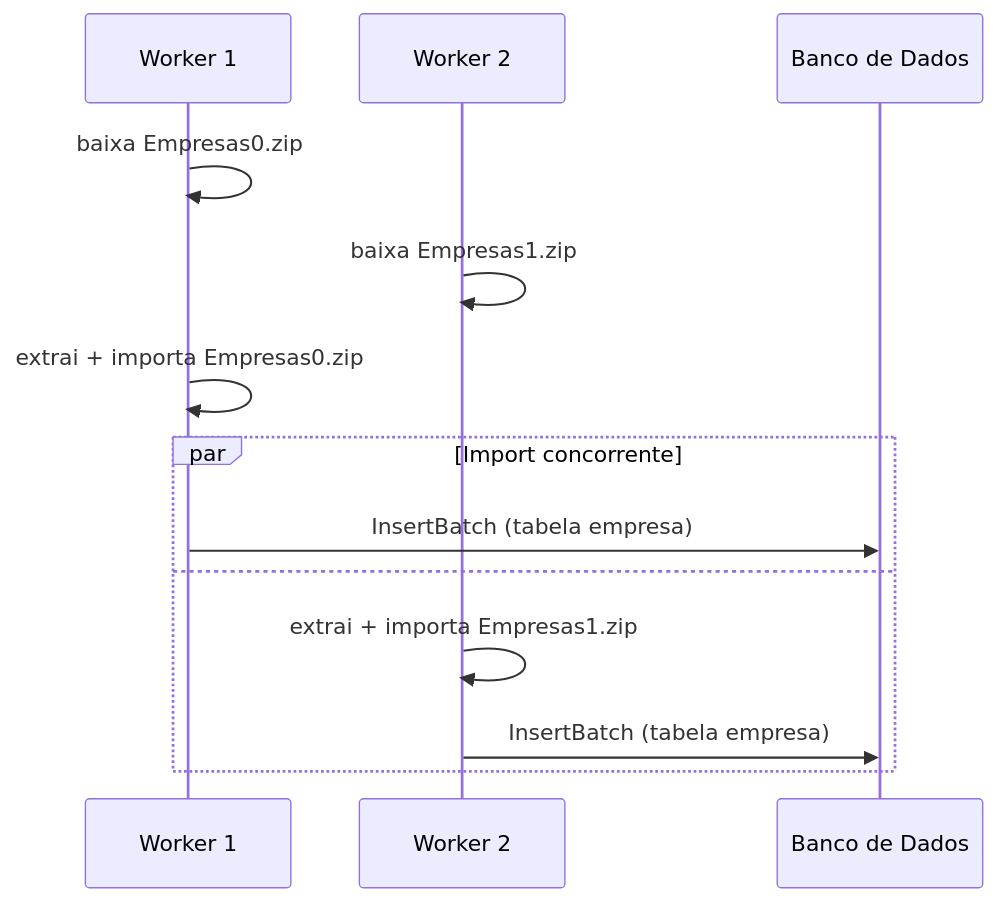
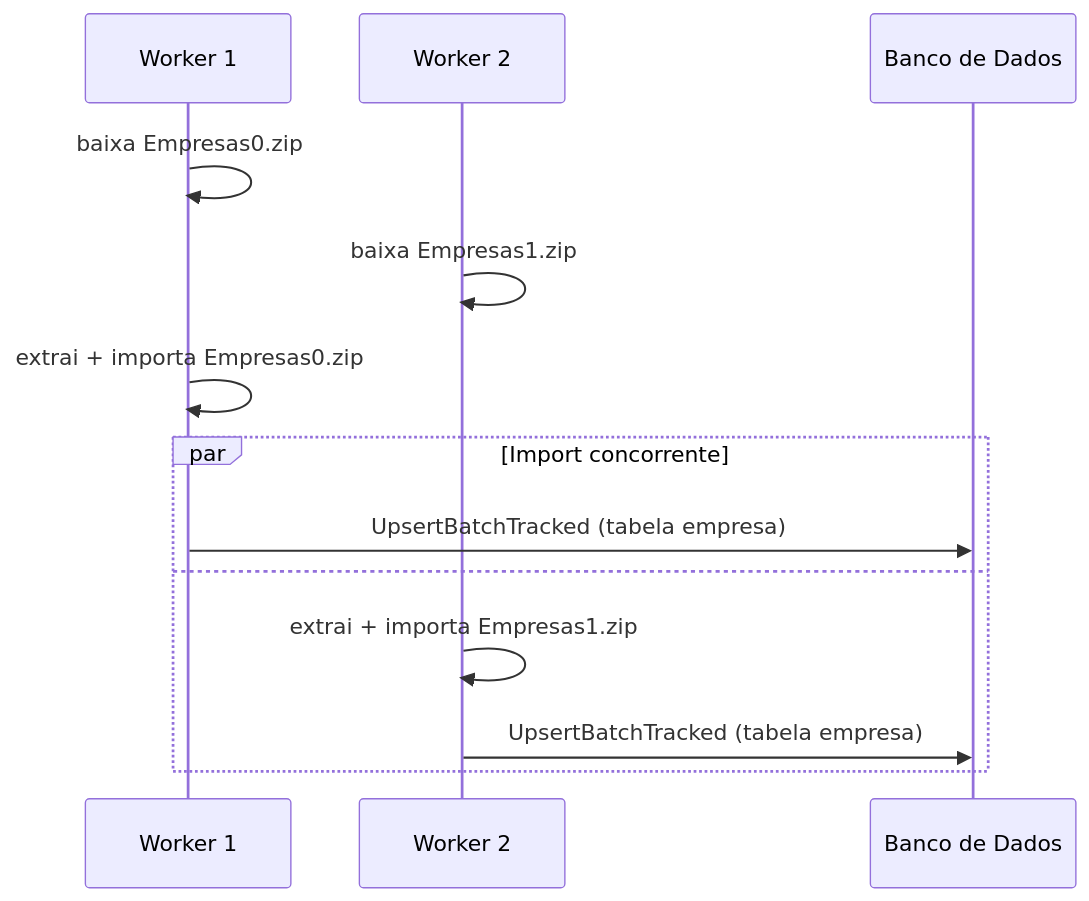
Before and after one commit to leandronunes07/cnpj-rfb: the second of 4 diagrams in docs/ARCHITECTURE.md, drawn with Mermaid. The commit also changed other lines of this file and 9 other files, not shown here.

````diff
--- a/docs/ARCHITECTURE.md
+++ b/docs/ARCHITECTURE.md
@@ -27,16 +27,16 @@
 ```mermaid
 sequenceDiagram
     participant W1 as Worker 1
     participant W2 as Worker 2
     participant DB as Banco de Dados
 
     W1->>W1: baixa Empresas0.zip
     W2->>W2: baixa Empresas1.zip
     W1->>W1: extrai + importa Empresas0.zip
     par Import concorrente
-        W1->>DB: InsertBatch (tabela empresa)
+        W1->>DB: UpsertBatchTracked (tabela empresa)
     and
         W2->>W2: extrai + importa Empresas1.zip
-        W2->>DB: InsertBatch (tabela empresa)
+        W2->>DB: UpsertBatchTracked (tabela empresa)
     end
 ```
````
